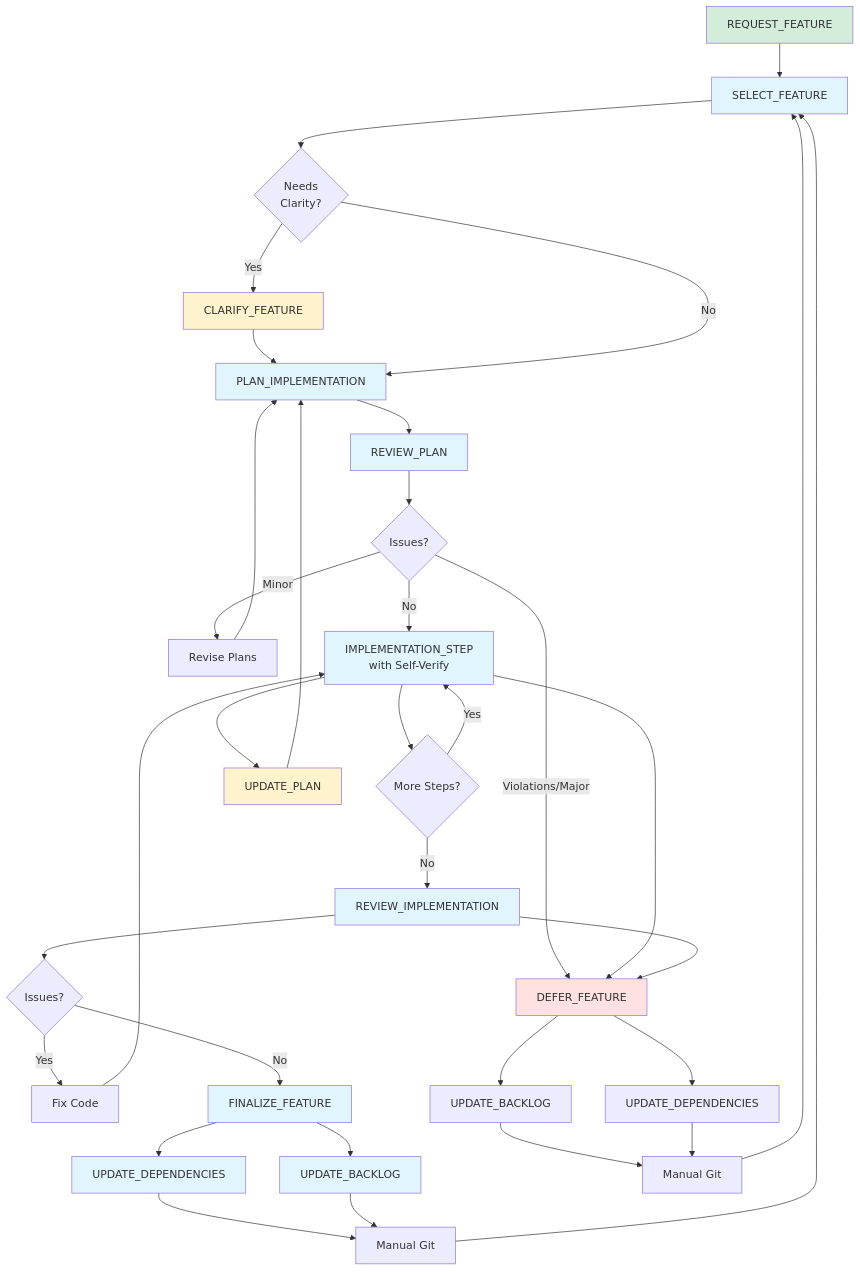
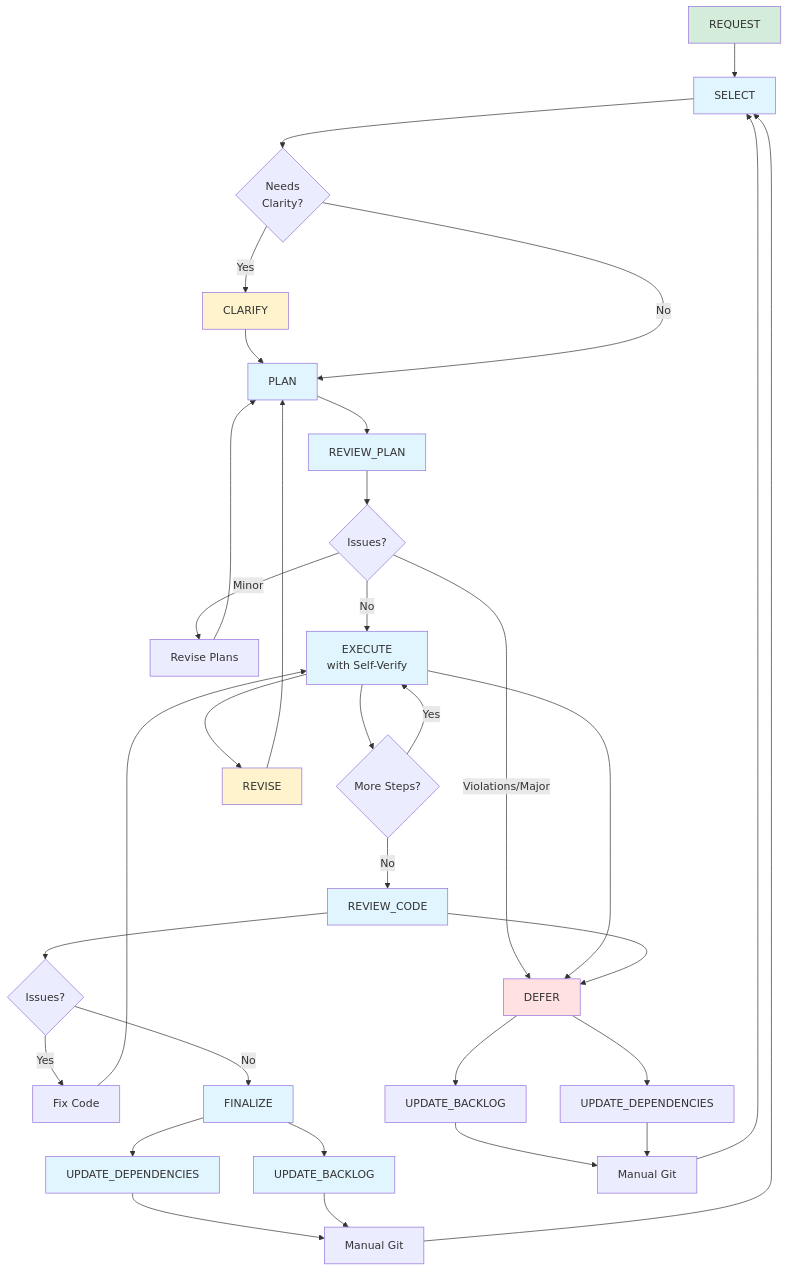
The diagram in TASKS/FEATURE/WORKFLOW.md (EvanLavender13/FrogLords), drawn with Mermaid before and after one commit. The commit also changed other lines of this file and 12 other files, not shown here.

````diff
--- a/TASKS/FEATURE/WORKFLOW.md
+++ b/TASKS/FEATURE/WORKFLOW.md
@@ -9,52 +9,52 @@
 ```mermaid
 graph TD
-    REQ[REQUEST_FEATURE] --> A[SELECT_FEATURE]
+    REQ[REQUEST] --> A[SELECT]
     A --> CLAR{Needs<br/>Clarity?}
-    CLAR -->|Yes| CF[CLARIFY_FEATURE]
-    CF --> C[PLAN_IMPLEMENTATION]
+    CLAR -->|Yes| CF[CLARIFY]
+    CF --> C[PLAN]
     CLAR -->|No| C
     C --> D[REVIEW_PLAN]
     D --> E{Issues?}
-    E -->|Violations/Major| F[DEFER_FEATURE]
+    E -->|Violations/Major| F[DEFER]
     E -->|Minor| G[Revise Plans]
     G --> C
-    E -->|No| H[IMPLEMENTATION_STEP<br/>with Self-Verify]
+    E -->|No| H[EXECUTE<br/>with Self-Verify]
     H --> I{More Steps?}
     I -->|Yes| H
-    I -->|No| J[REVIEW_IMPLEMENTATION]
+    I -->|No| J[REVIEW_CODE]
     J --> K{Issues?}
     K -->|Yes| L[Fix Code]
     L --> H
-    K -->|No| M[FINALIZE_FEATURE]
+    K -->|No| M[FINALIZE]
     M --> N[UPDATE_DEPENDENCIES]
     M --> O[UPDATE_BACKLOG]
     N --> Q[Manual Git]
     O --> Q
     Q --> A
     F --> R[UPDATE_BACKLOG]
     F --> S[UPDATE_DEPENDENCIES]
     R --> U[Manual Git]
     S --> U
     U --> A
 
     %% Mid-feature scope changes
-    H --> UP[UPDATE_PLAN]
+    H --> UP[REVISE]
     UP --> C
 
     %% Implementation-phase deferral
     H --> F
     J --> F
 
     style REQ fill:#d4edda
     style A fill:#e1f5ff
     style CF fill:#fff3cd
     style C fill:#e1f5ff
     style D fill:#e1f5ff
     style F fill:#ffe1e1
     style H fill:#e1f5ff
     style J fill:#e1f5ff
     style M fill:#e1f5ff
     style N fill:#e1f5ff
     style O fill:#e1f5ff
     style UP fill:#fff3cd
 ```
````
